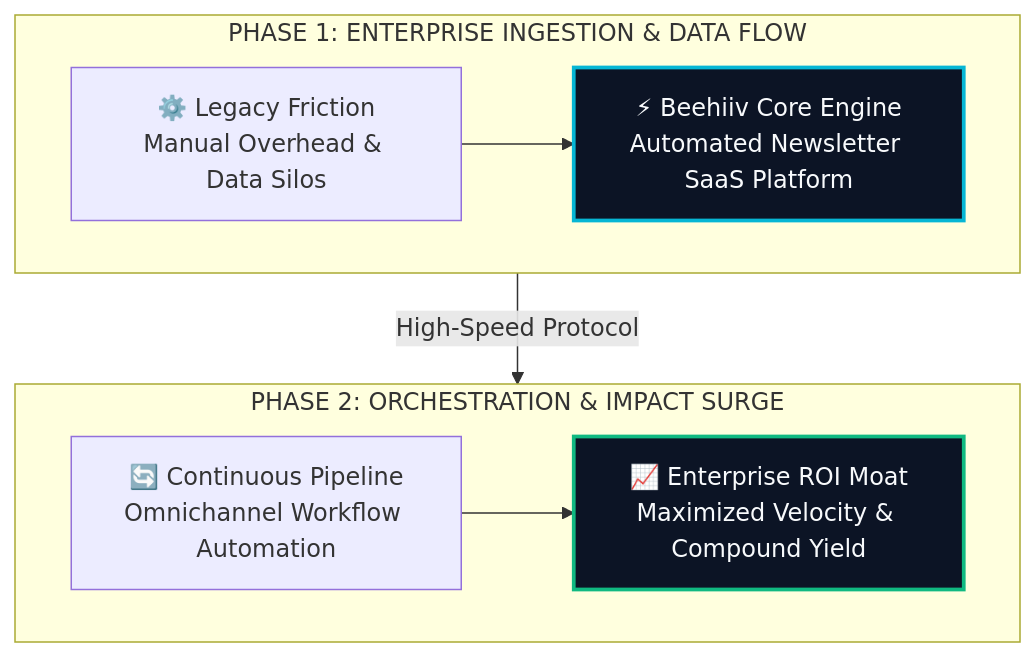
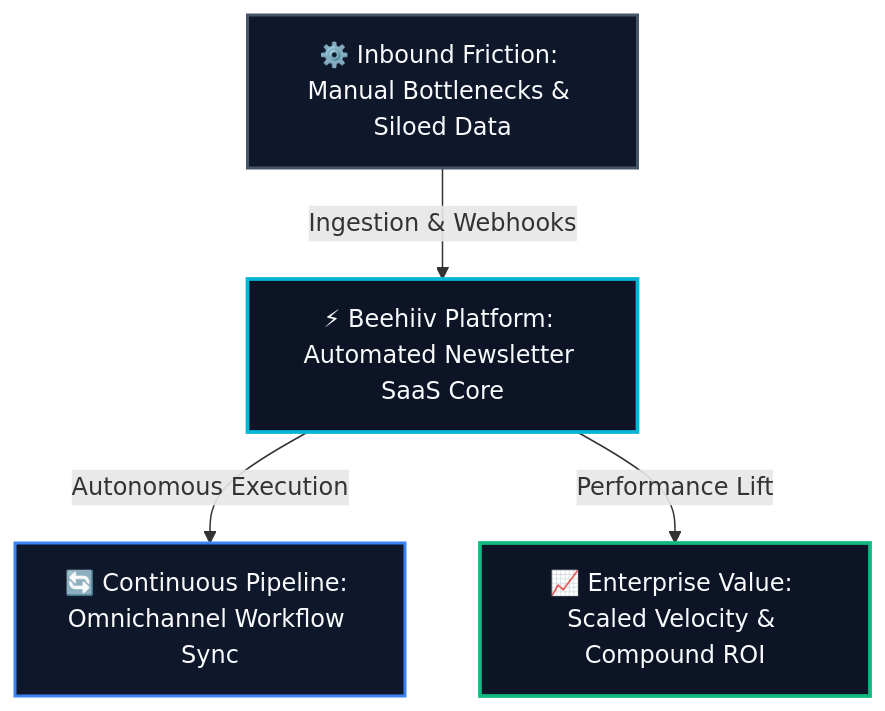
The diagram in site/src/content/blog/beehiiv-evolution-guide-2026.md (heliatech-media/saas-radar), drawn with Mermaid before and after one commit. The commit also changed 93 other files, not shown here.

First line of the commit message:
fix(diagrams): resolve dagre-d3 subgraph collision by migrating to balanced 3-tier Hub & Spoke architecture

````diff
--- a/site/src/content/blog/beehiiv-evolution-guide-2026.md
+++ b/site/src/content/blog/beehiiv-evolution-guide-2026.md
@@ -48,14 +48,14 @@
 ```mermaid
 flowchart TD
-    subgraph S1["PHASE 1: ENTERPRISE INGESTION & DATA FLOW"]
-        direction LR
-        A["⚙️ Legacy Friction<br/>Manual Overhead & Data Silos"] --> B["⚡ Beehiiv Core Engine<br/>Automated Newsletter SaaS Platform"]
-    end
-    subgraph S2["PHASE 2: ORCHESTRATION & IMPACT SURGE"]
-        direction LR
-        C["🔄 Continuous Pipeline<br/>Omnichannel Workflow Automation"] --> D["📈 Enterprise ROI Moat<br/>Maximized Velocity & Compound Yield"]
-    end
-    S1 -->|High-Speed Protocol| S2
-    style B fill:#0c1425,stroke:#06b6d4,stroke-width:2.5px,color:#f8fafc
-    style D fill:#0c1425,stroke:#10b981,stroke-width:2.5px,color:#f8fafc
+    Inp["⚙️ Inbound Friction: Manual Bottlenecks & Siloed Data"]
+    Eng["⚡ Beehiiv Platform: Automated Newsletter SaaS Core"]
+    Out1["🔄 Continuous Pipeline: Omnichannel Workflow Sync"]
+    Out2["📈 Enterprise Value: Scaled Velocity & Compound ROI"]
+    Inp -->|Ingestion & Webhooks| Eng
+    Eng -->|Autonomous Execution| Out1
+    Eng -->|Performance Lift| Out2
+    style Inp fill:#0f172a,stroke:#475569,stroke-width:2px,color:#f8fafc
+    style Eng fill:#0c1425,stroke:#06b6d4,stroke-width:2.5px,color:#f8fafc
+    style Out1 fill:#0f172a,stroke:#3b82f6,stroke-width:2px,color:#f8fafc
+    style Out2 fill:#0c1425,stroke:#10b981,stroke-width:2.5px,color:#f8fafc
 ```
````
